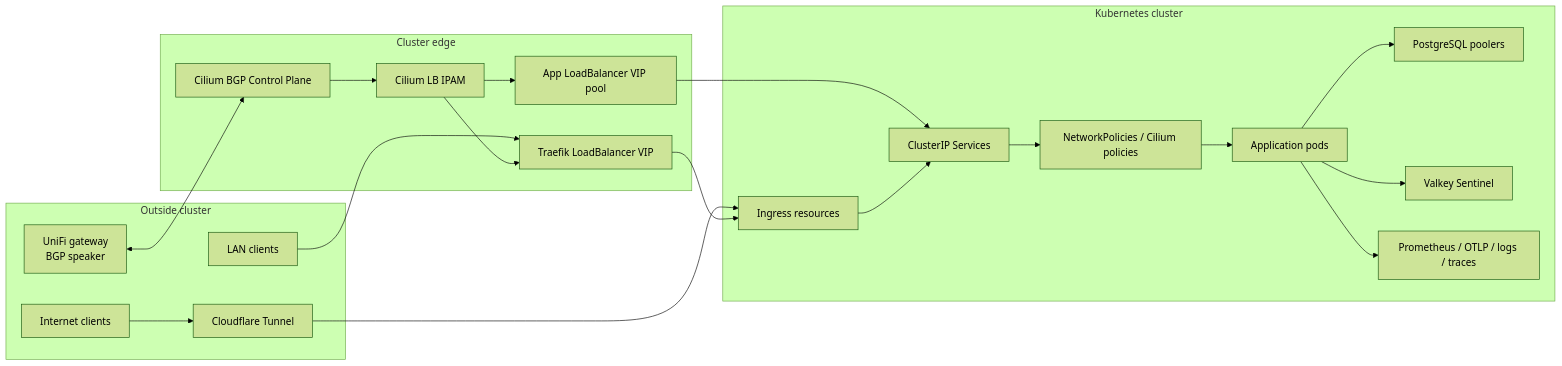
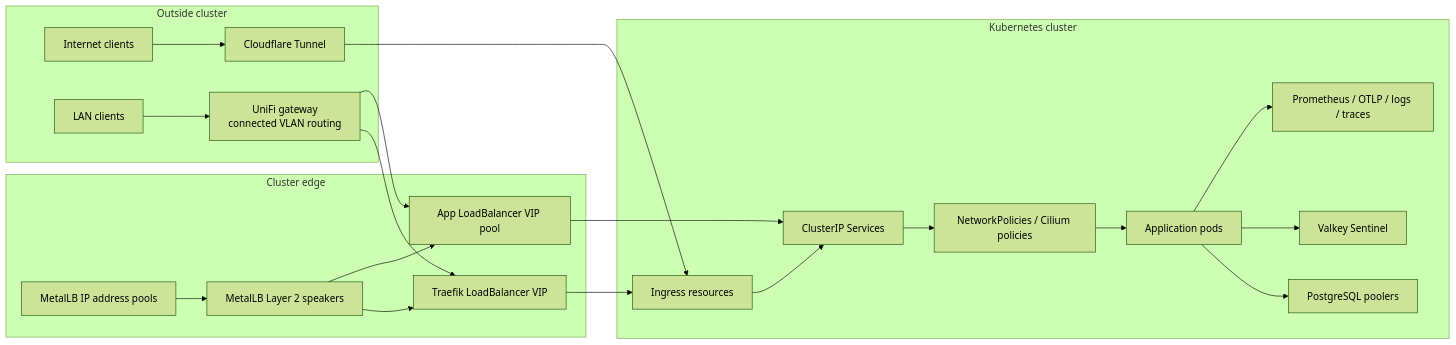
The second of 2 diagrams in README.md (abhi1693/homelab), drawn with Mermaid (forest theme) before and after one commit. The commit also changed other lines of this file and 348 other files, not shown here.

````diff
--- a/README.md
+++ b/README.md
@@ -197,42 +329,43 @@
 ```mermaid
 flowchart LR
   subgraph outside["Outside cluster"]
     internet["Internet clients"]
     cloudflare["Cloudflare Tunnel"]
     lan["LAN clients"]
-    gateway["UniFi gateway<br/>BGP speaker"]
+    gateway["UniFi gateway<br/>connected VLAN routing"]
   end
 
   subgraph edge["Cluster edge"]
-    ciliumBGP["Cilium BGP Control Plane"]
-    lbipam["Cilium LB IPAM"]
+    speakers["MetalLB Layer 2 speakers"]
+    lbipam["MetalLB IP address pools"]
     traefik["Traefik LoadBalancer VIP"]
     appVIPs["App LoadBalancer VIP pool"]
   end
 
   subgraph cluster["Kubernetes cluster"]
     ingress["Ingress resources"]
     services["ClusterIP Services"]
     policies["NetworkPolicies / Cilium policies"]
     pods["Application pods"]
     postgres["PostgreSQL poolers"]
     valkey["Valkey Sentinel"]
     monitoring["Prometheus / OTLP / logs / traces"]
   end
 
   internet --> cloudflare
   cloudflare --> ingress
-  lan --> traefik
-  gateway <--> ciliumBGP
-  ciliumBGP --> lbipam
-  lbipam --> traefik
-  lbipam --> appVIPs
+  lan --> gateway
+  gateway --> traefik
+  gateway --> appVIPs
+  lbipam --> speakers
+  speakers --> traefik
+  speakers --> appVIPs
   appVIPs --> services
   traefik --> ingress
   ingress --> services
   services --> policies
   policies --> pods
   pods --> postgres
   pods --> valkey
   pods --> monitoring
 ```
````
